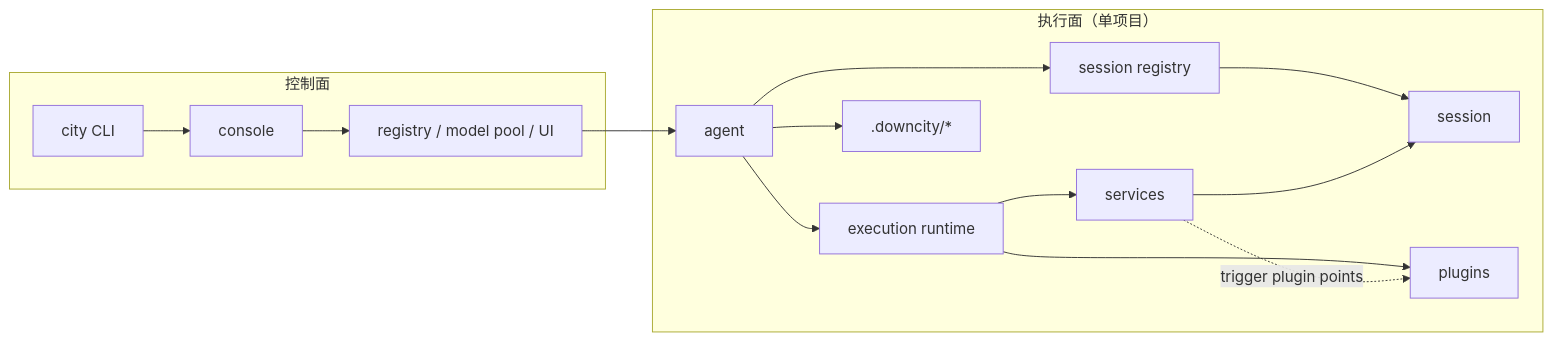
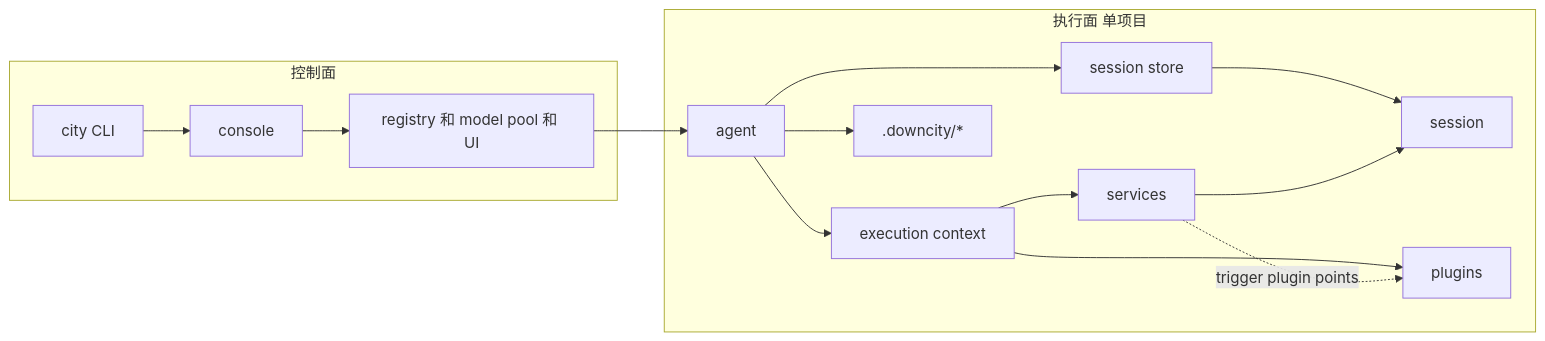
Before and after one commit to wangenius/downcity: the first of 2 diagrams in homepage/content/docs/zh/concepts/logic-map.mdx, drawn with Mermaid. The commit also changed other lines of this file and 96 other files, not shown here.

````diff
--- a/homepage/content/docs/zh/concepts/logic-map.mdx
+++ b/homepage/content/docs/zh/concepts/logic-map.mdx
@@ -23,20 +23,20 @@
 ```mermaid
 flowchart LR
   subgraph CP["控制面"]
     CLI["city CLI"] --> CONSOLE["console"]
-    CONSOLE --> REG["registry / model pool / UI"]
+    CONSOLE --> REG["registry 和 model pool 和 UI"]
   end
 
-  subgraph DP["执行面（单项目）"]
-    AGENT["agent"] --> ER["execution runtime"]
-    AGENT --> SR["session registry"]
+  subgraph DP["执行面 单项目"]
+    AGENT["agent"] --> EC["execution context"]
+    AGENT --> SR["session store"]
     SR --> SESSION["session"]
-    ER --> SERVICES["services"]
-    ER --> PLUGINS["plugins"]
+    EC --> SERVICES["services"]
+    EC --> PLUGINS["plugins"]
     SERVICES --> SESSION
     SERVICES -. trigger plugin points .-> PLUGINS
-    AGENT --> SHIP[".downcity/*"]
+    AGENT --> DATA[".downcity/*"]
   end
 
   REG --> AGENT
 ```
````
